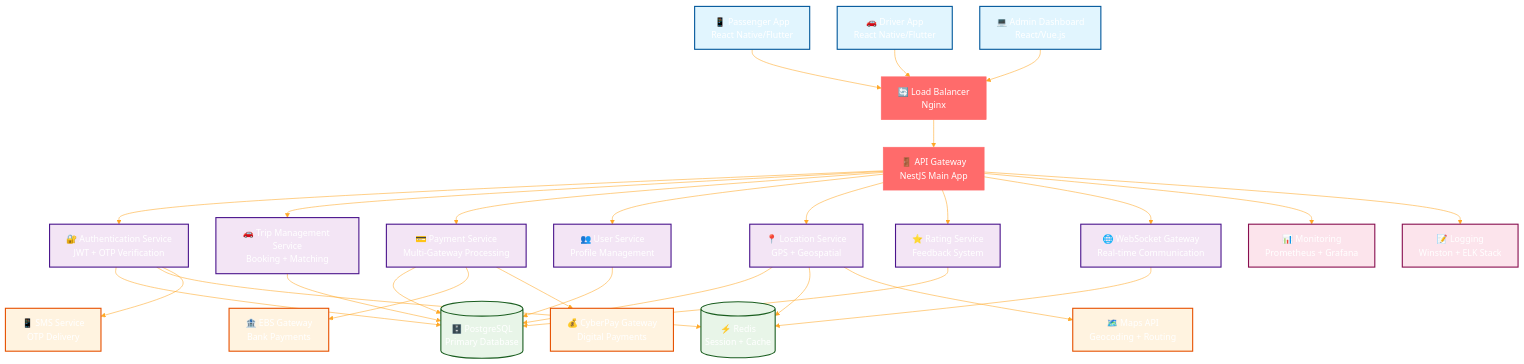
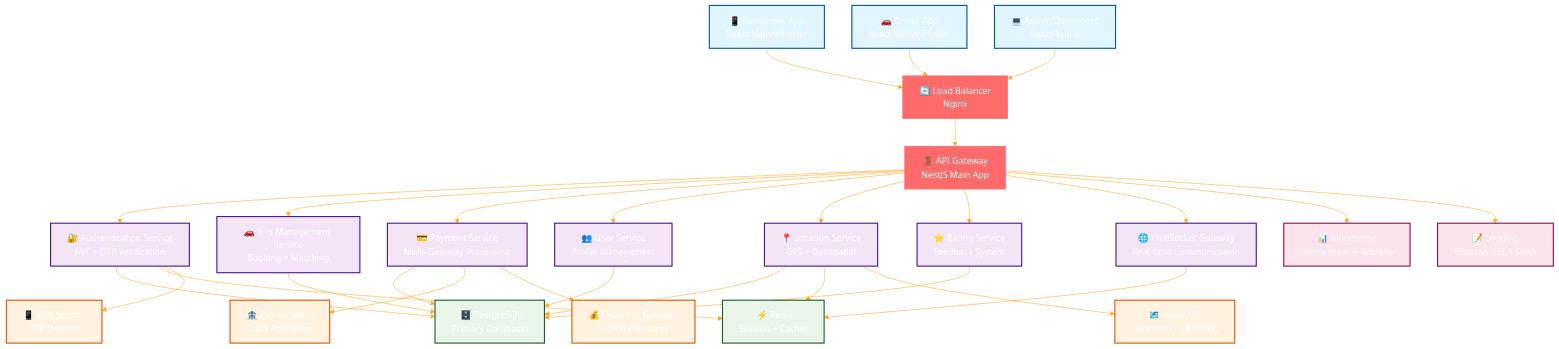
The first of 7 diagrams in docs/architecture/system-overview.md (abdoElHodaky/transportapp), drawn with Mermaid before and after one commit. The commit also changed other lines of this file and 7 other files, not shown here.

````diff
--- a/docs/architecture/system-overview.md
+++ b/docs/architecture/system-overview.md
@@ -28,56 +28,56 @@
 ```mermaid
 %%{init: {'theme':'base', 'themeVariables': {'primaryColor':'#ff6b6b','primaryTextColor':'#fff','primaryBorderColor':'#ff6b6b','lineColor':'#ffa726','sectionBkgColor':'#ff6b6b','altSectionBkgColor':'#fff','gridColor':'#fff','secondaryColor':'#006100','tertiaryColor':'#fff'}}}%%
 graph TB
     %% External Clients
-    PA[📱 Passenger App<br/>React Native/Flutter] --> LB[🔄 Load Balancer<br/>Nginx]
-    DA[🚗 Driver App<br/>React Native/Flutter] --> LB
-    AD[💻 Admin Dashboard<br/>React/Vue.js] --> LB
+    PA["📱 Passenger App<br/>React Native/Flutter"] --> LB["🔄 Load Balancer<br/>Nginx"]
+    DA["🚗 Driver App<br/>React Native/Flutter"] --> LB
+    AD["💻 Admin Dashboard<br/>React/Vue.js"] --> LB
     
     %% Load Balancer to API Gateway
-    LB --> AG[🚪 API Gateway<br/>NestJS Main App]
+    LB --> AG["🚪 API Gateway<br/>NestJS Main App"]
     
     %% Core Services
-    AG --> AS[🔐 Authentication Service<br/>JWT + OTP Verification]
-    AG --> TS[🚗 Trip Management Service<br/>Booking + Matching]
-    AG --> PS[💳 Payment Service<br/>Multi-Gateway Processing]
-    AG --> US[👥 User Service<br/>Profile Management]
-    AG --> LS[📍 Location Service<br/>GPS + Geospatial]
-    AG --> RS[⭐ Rating Service<br/>Feedback System]
-    AG --> WS[🌐 WebSocket Gateway<br/>Real-time Communication]
+    AG --> AS["🔐 Authentication Service<br/>JWT + OTP Verification"]
+    AG --> TS["🚗 Trip Management Service<br/>Booking + Matching"]
+    AG --> PS["💳 Payment Service<br/>Multi-Gateway Processing"]
+    AG --> US["👥 User Service<br/>Profile Management"]
+    AG --> LS["📍 Location Service<br/>GPS + Geospatial"]
+    AG --> RS["⭐ Rating Service<br/>Feedback System"]
+    AG --> WS["🌐 WebSocket Gateway<br/>Real-time Communication"]
     
     %% Database Layer
-    AS --> DB[(🗄️ PostgreSQL<br/>Primary Database)]
+    AS --> DB["(🗄️ PostgreSQL<br/>Primary Database)"]
     TS --> DB
     PS --> DB
     US --> DB
     LS --> DB
     RS --> DB
     
     %% Caching Layer
-    AS --> REDIS[(⚡ Redis<br/>Session + Cache)]
+    AS --> REDIS["(⚡ Redis<br/>Session + Cache)"]
     LS --> REDIS
     WS --> REDIS
     
     %% External Services
-    PS --> EBS[🏦 EBS Gateway<br/>Bank Payments]
-    PS --> CP[💰 CyberPay Gateway<br/>Digital Payments]
-    AS --> SMS[📱 SMS Service<br/>OTP Delivery]
-    LS --> MAPS[🗺️ Maps API<br/>Geocoding + Routing]
+    PS --> EBS["🏦 EBS Gateway<br/>Bank Payments"]
+    PS --> CP["💰 CyberPay Gateway<br/>Digital Payments"]
+    AS --> SMS["📱 SMS Service<br/>OTP Delivery"]
+    LS --> MAPS["🗺️ Maps API<br/>Geocoding + Routing"]
     
     %% Monitoring & Logging
-    AG --> MON[📊 Monitoring<br/>Prometheus + Grafana]
-    AG --> LOG[📝 Logging<br/>Winston + ELK Stack]
+    AG --> MON["📊 Monitoring<br/>Prometheus + Grafana"]
+    AG --> LOG["📝 Logging<br/>Winston + ELK Stack"]
     
     %% Styling
-    classDef client fill:#e1f5fe,stroke:#01579b,stroke-width:2px
-    classDef service fill:#f3e5f5,stroke:#4a148c,stroke-width:2px
-    classDef database fill:#e8f5e8,stroke:#1b5e20,stroke-width:2px
-    classDef external fill:#fff3e0,stroke:#e65100,stroke-width:2px
-    classDef monitoring fill:#fce4ec,stroke:#880e4f,stroke-width:2px
+    classDef client fill:#e1f5fe,stroke:#01579b,stroke-width:2px;
+    classDef service fill:#f3e5f5,stroke:#4a148c,stroke-width:2px;
+    classDef database fill:#e8f5e8,stroke:#1b5e20,stroke-width:2px;
+    classDef external fill:#fff3e0,stroke:#e65100,stroke-width:2px;
+    classDef monitoring fill:#fce4ec,stroke:#880e4f,stroke-width:2px;
     
-    class PA,DA,AD client
-    class AS,TS,PS,US,LS,RS,WS service
-    class DB,REDIS database
-    class EBS,CP,SMS,MAPS external
-    class MON,LOG monitoring
+    class PA,DA,AD client;
+    class AS,TS,PS,US,LS,RS,WS service;
+    class DB,REDIS database;
+    class EBS,CP,SMS,MAPS external;
+    class MON,LOG monitoring;
 ```
````
